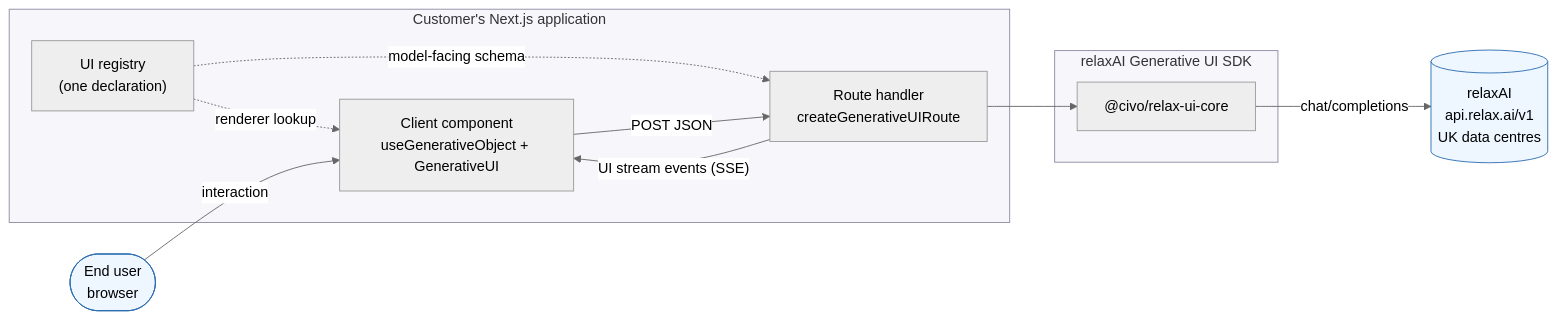
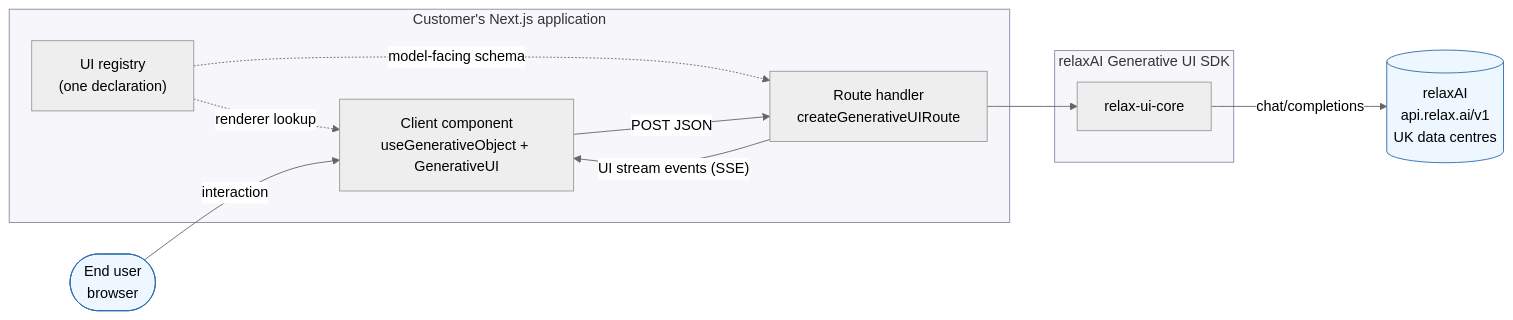
Before and after one commit to ashvolt/civo_ui_sdk: the first of 8 diagrams in docs/hld.md, drawn with Mermaid (neutral theme). The commit also changed other lines of this file and 47 other files, not shown here.

````diff
--- a/docs/hld.md
+++ b/docs/hld.md
@@ -69,29 +69,29 @@
 ```mermaid
 graph LR
     User([End user<br/>browser])
 
     subgraph app["Customer's Next.js application"]
         Page["Client component<br/>useGenerativeObject + GenerativeUI"]
         Route["Route handler<br/>createGenerativeUIRoute"]
         Registry["UI registry<br/>(one declaration)"]
     end
 
     subgraph sdk["relaxAI Generative UI SDK"]
-        Core["@civo/relax-ui-core"]
+        Core["relax-ui-core"]
     end
 
     Relax[("relaxAI<br/>api.relax.ai/v1<br/>UK data centres")]
 
     User -->|"interaction"| Page
     Page -->|"POST JSON"| Route
     Route -->|"UI stream events (SSE)"| Page
     Route --> Core
     Core -->|"chat/completions"| Relax
     Registry -.->|"model-facing schema"| Route
     Registry -.->|"renderer lookup"| Page
 
     classDef boundary fill:#f6f6fb,stroke:#8a8aa3
     classDef external fill:#eef6ff,stroke:#2b6cb0
     class app,sdk boundary
     class Relax,User external
 ```
````
